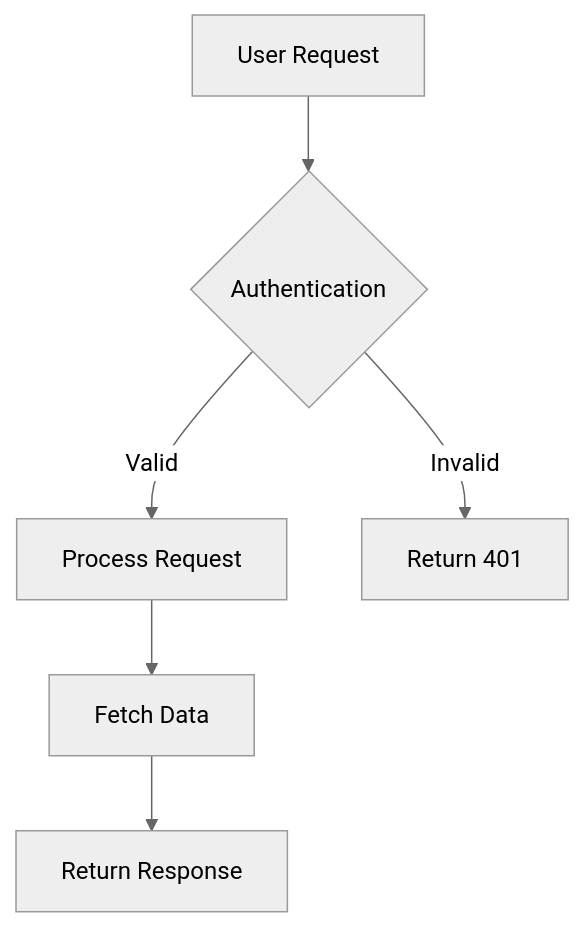
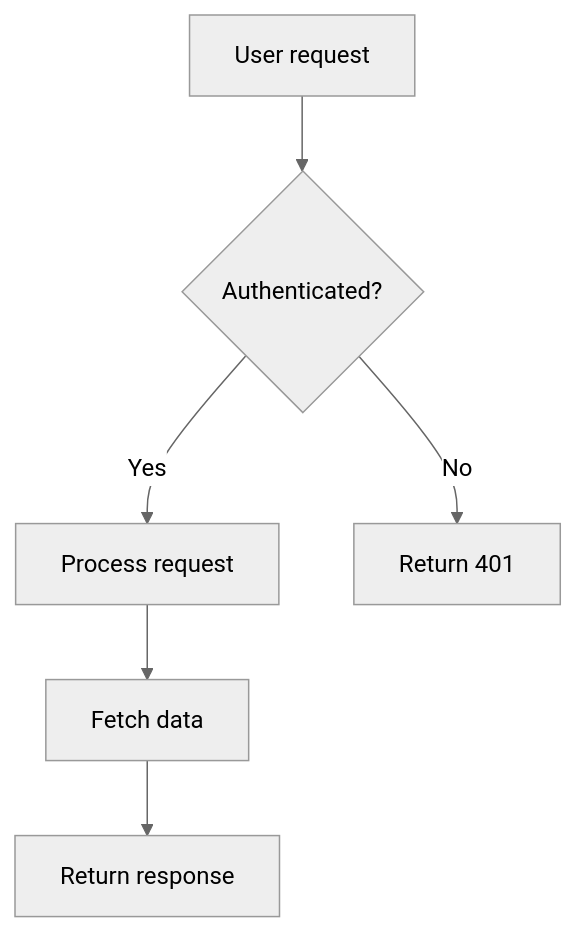
One commit to TechnoBureau/docs changed the first of 2 diagrams in CLAUDE.md. Above: the diagram before and after it, drawn with Mermaid (neutral theme). The commit also changed other lines of this file and 12 other files, not shown here.

Commit message:
Improve diagram readability and fix code tab labels

````diff
--- a/CLAUDE.md
+++ b/CLAUDE.md
@@ -512,8 +523,8 @@
 ```mermaid
-graph TD
-    A[User Request] --> B{Authentication}
-    B -->|Valid| C[Process Request]
-    B -->|Invalid| D[Return 401]
-    C --> E[Fetch Data]
-    E --> F[Return Response]
+flowchart TD
+    A[User request] --> B{Authenticated?}
+    B -->|Yes| C[Process request]
+    B -->|No| D[Return 401]
+    C --> E[Fetch data]
+    E --> F[Return response]
 ```
````
